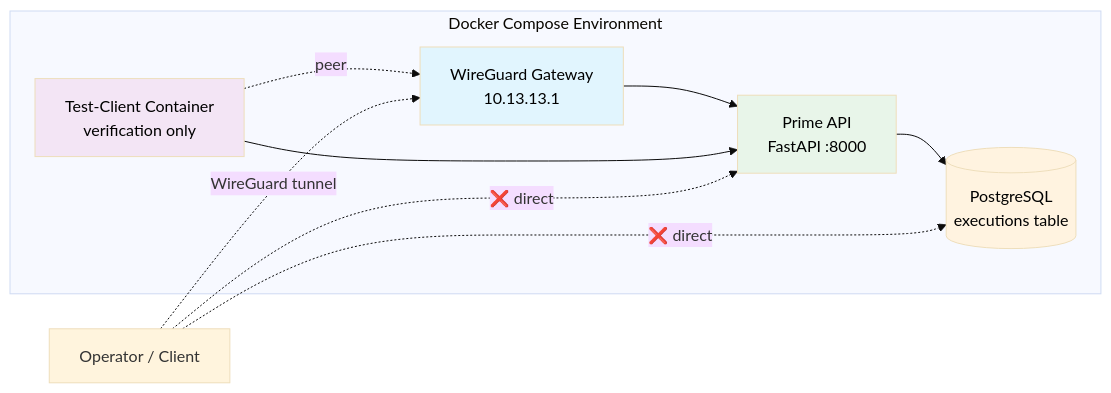
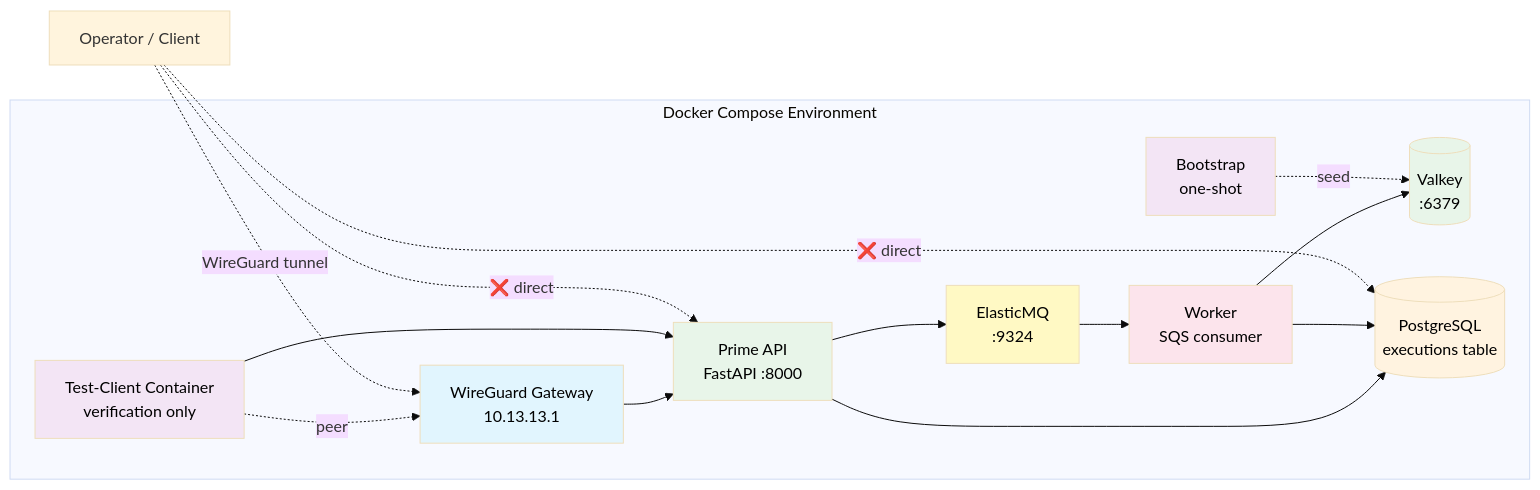
The first of 2 diagrams in README.md (BinHsu/aegis-enclave), drawn with Mermaid (base theme) before and after one commit. The commit also changed other lines of this file and 2 other files, not shown here.

````diff
--- a/README.md
+++ b/README.md
@@ -83,25 +103,38 @@
 ```mermaid
 flowchart LR
     Op[Operator / Client]
 
     subgraph Local[Docker Compose Environment]
         WG[WireGuard Gateway<br/>10.13.13.1]
         API[Prime API<br/>FastAPI :8000]
+        SQS[ElasticMQ<br/>:9324]
+        WK[Worker<br/>SQS consumer]
+        VK[(Valkey<br/>:6379)]
         DB[(PostgreSQL<br/>executions table)]
+        BS[Bootstrap<br/>one-shot]
         TC[Test-Client Container<br/>verification only]
 
         WG --> API
         API --> DB
+        API --> SQS
+        SQS --> WK
+        WK --> VK
+        WK --> DB
+        BS -.seed.-> VK
         TC -.peer.-> WG
         TC --> API
     end
 
     Op -. WireGuard tunnel .-> WG
     Op -. ❌ direct .-> API
     Op -. ❌ direct .-> DB
 
     style WG fill:#e1f5fe,color:#000
     style API fill:#e8f5e9,color:#000
+    style SQS fill:#fff9c4,color:#000
+    style WK fill:#fce4ec,color:#000
+    style VK fill:#e8f5e9,color:#000
     style DB fill:#fff3e0,color:#000
+    style BS fill:#f3e5f5,color:#000
     style TC fill:#f3e5f5,color:#000
 ```
````
